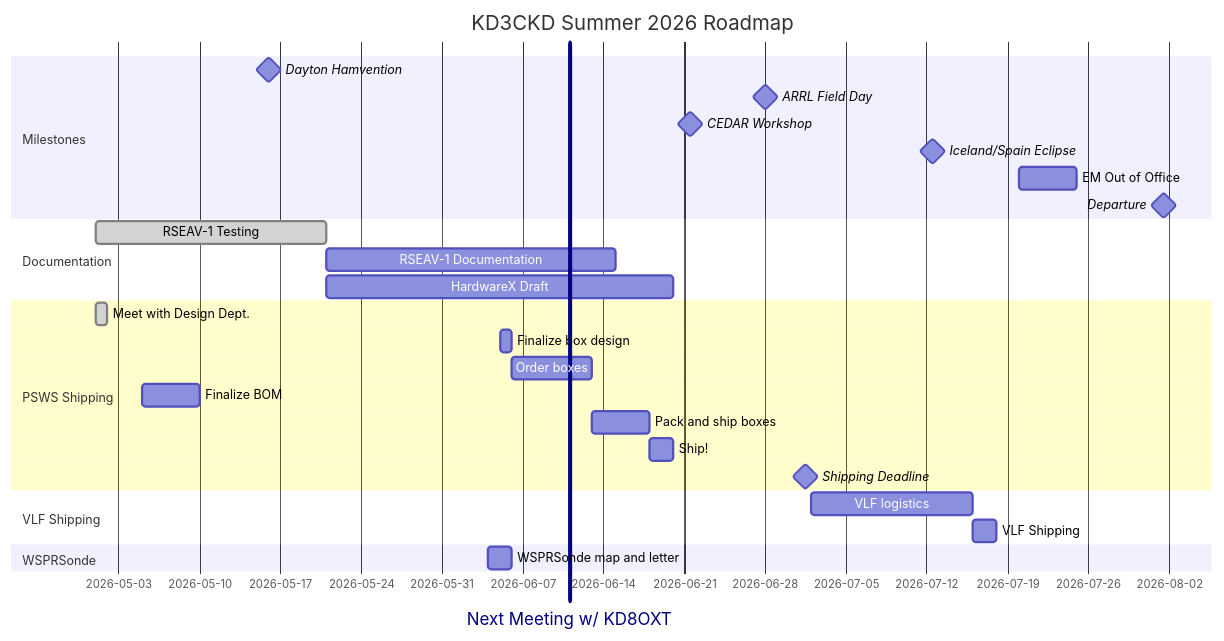
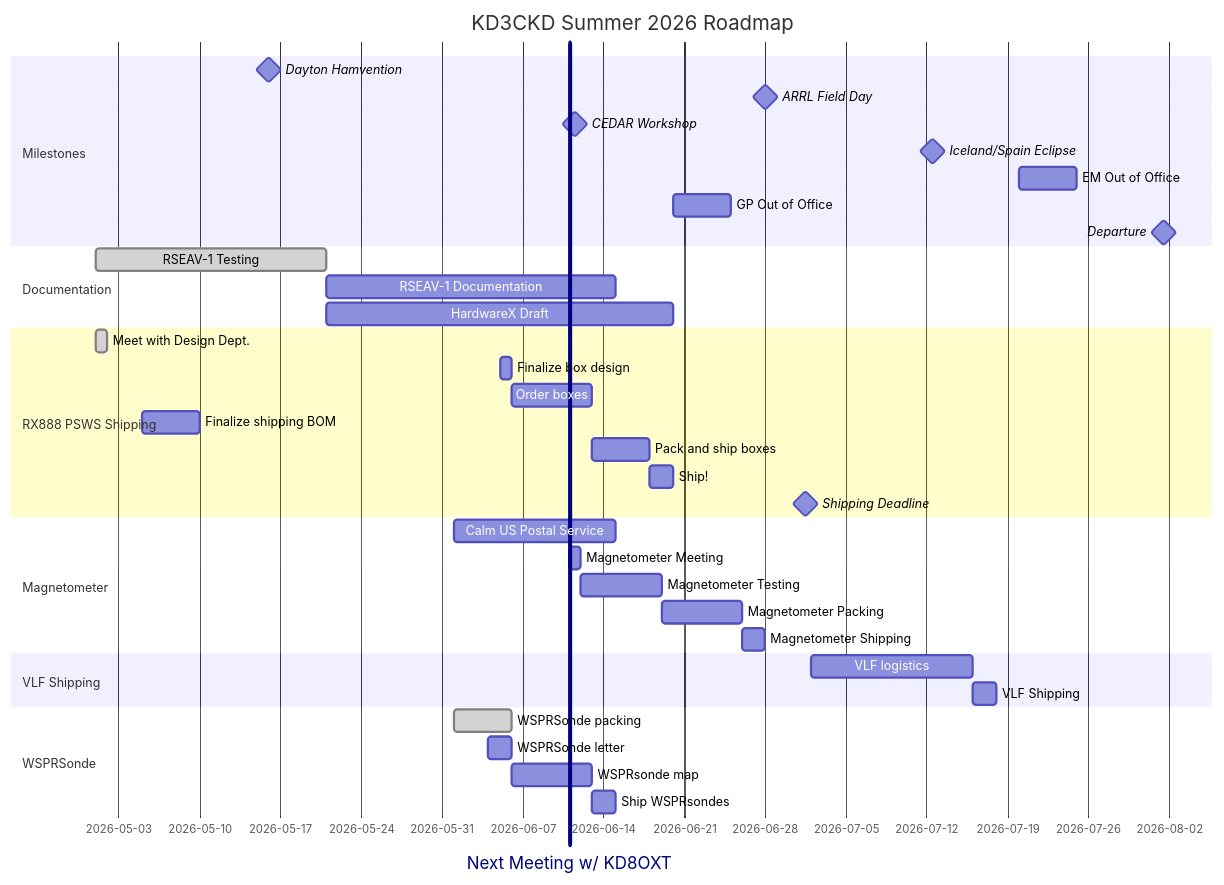
Before and after one commit to HamSCI/psws-charette: the diagram in emma_gantt.md, drawn with Mermaid.

````diff
--- a/emma_gantt.md
+++ b/emma_gantt.md
@@ -1,31 +1,41 @@
 ```mermaid
 gantt
     title KD3CKD Summer 2026 Roadmap
     Next Meeting w/ KD8OXT :vert, 2026-06-11, 0d
     dateFormat YYYY-MM
 section Milestones
         Dayton Hamvention       : milestone, hamvention, 2026-05-15, 2d
         ARRL Field Day       : milestone, fieldday, 2026-06-27, 2d
-        CEDAR Workshop    : milestone, CEDAR, 2026-06-21, 1d 
+        CEDAR Workshop    : milestone, CEDAR, 2026-06-08, 1w 
         Iceland/Spain Eclipse       : milestone, Eclipse, 2026-07-12, 1d
-        EM Out of Office : oof, 2026-07-20, 5d
+        EM Out of Office : emoof, 2026-07-20, 5d
+        GP Out of Office : gpoof, 2026-06-20, 5d
         Departure       : milestone, end, 2026-08-01, 1d
                                 
 section Documentation
        RSEAV-1 Testing    :done, antennatest, 2026-05-1, 20d
        RSEAV-1 Documentation    :antennadoc, after antennatest, 25d
        HardwareX Draft :hardwarex, after antennatest, 30d
-section PSWS Shipping
+section RX888 PSWS Shipping
        Meet with Design Dept. :done, designmeet, 2026-05-01, 1d
        Finalize box design: boxdesign, 2026-06-05, 1d
        Order boxes: boxorder, after boxdesign, 7d
-       Finalize BOM: BOM, 2026-05-05, 5d
+       Finalize shipping BOM: BOM, 2026-05-05, 5d
        Pack and ship boxes: packing, after BOM boxorder, 5d
        Ship!: ship, after packing, 2d
        Shipping Deadline      :milestone, shippingdeadline, 2026-07-01, 1d
+section Magnetometer
+       Calm US Postal Service: notabom, 2026-06-01, 2w
+       Magnetometer Meeting: magmeet, 2026-06-11, 1d
+       Magnetometer Testing: magtest, after magmeet, 1w
+       Magnetometer Packing: magpack, after magtest, 1w
+       Magnetometer Shipping: magship, after magpack, 2d
 section VLF Shipping
        VLF logistics: vlflog, after shippingdeadline, 2w
        VLF Shipping: vlfship, after vlflog, 2d
 section WSPRSonde
-       WSPRSonde map and letter: wsprsondeletter, 2026-06-04, 2d
+       WSPRSonde packing: done, wsprsondepack, 2026-06-01, 5d
+       WSPRSonde letter: wsprsondeletter, 2026-06-04, 2d
+       WSPRsonde map: wsprsondemap, after wsprsondeletter, 7d
+       Ship WSPRsondes: wsprship, after wsprsondepack wsprsondemap, 2d
 ```
````
